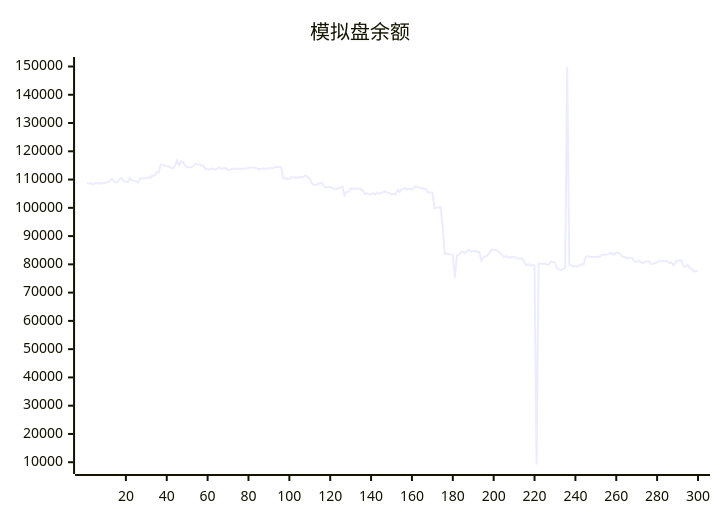
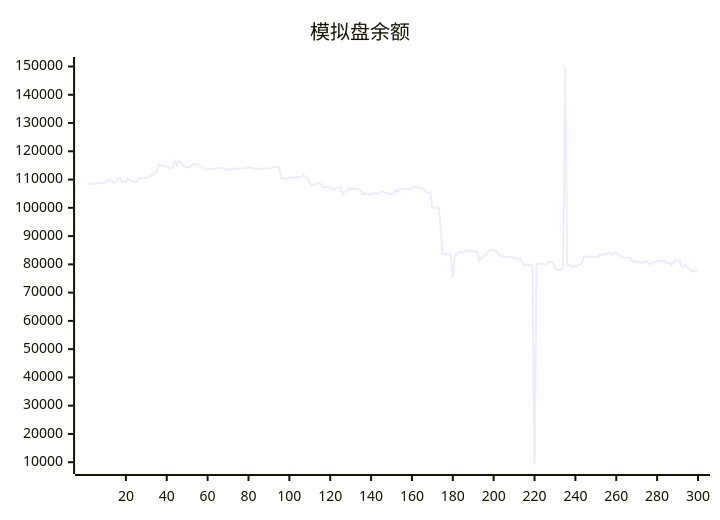
One commit to aahl/ai-trading changed the diagram in README.md. Above: the diagram before and after it, drawn with Mermaid. The commit also changed other lines of this file and 1 other file, not shown here.

````diff
--- a/README.md
+++ b/README.md
@@ -5,5 +5,5 @@
 ```mermaid
 xychart
     title "模拟盘余额"
-    line [108760,108648,108602,108262,108718,108752,108644,108644,108863,108823,109162,109419,110224,109539,108945,109172,110262,110546,109304,109343,109053,110606,109702,109584,109337,109071,110342,110342,110488,110488,110814,110531,111421,111421,112518,112522,115341,115266,114830,114584,114588,114231,113973,114726,116697,115160,116423,116083,114950,114365,114365,114388,114730,115582,115358,115358,115032,114686,113688,113688,113610,113930,113672,113585,114083,114074,113840,113996,114051,113208,113593,113701,113901,113794,113784,113810,113848,113927,113929,114064,114232,114293,114144,113960,113698,113853,113942,113812,113908,113877,114091,113998,114427,114422,114384,114384,110477,110576,110198,110198,110890,110712,110812,110569,110929,110847,110968,111478,110870,110433,108661,108116,108115,108485,108797,108877,107536,107134,107393,107393,107046,106565,106565,107081,107081,107478,104404,105715,105749,106866,106651,106889,106771,106816,106565,106141,104876,105103,104796,104734,105169,104690,105380,104941,105272,105709,105739,105374,105227,104691,104924,104762,106364,105628,106608,106748,106872,106485,106721,106468,107132,107620,107224,107080,107001,106717,106567,105431,105431,105440,99950,100017,100113,100337,93749,83795,83807,83567,83567,83342,75168,83222,83336,84448,84449,83896,84839,85065,84499,84757,84757,84364,84347,81254,82385,82835,83184,84099,85150,85150,85002,84751,84096,83356,82582,82983,82404,82572,82512,82688,82200,82047,81920,82125,80840,79688,80060,79552,79920,79470,9193,80236,80208,80170,80336,79894,80006,80954,80837,80712,78561,78139,78037,78293,78682,150000,79720,79720,79214,79372,79279,79591,80046,79993,82625,82950,82626,82571,82633,82670,82670,82681,83386,83378,83464,83579,83920,84037,83402,84160,84142,83652,82655,82655,82145,82315,82243,82163,80934,80770,81371,80742,80468,80989,80989,81067,80191,80155,80450,80737,81309,81309,81106,81119,81119,80471,80631,79624,80670,81448,81290,81429,79212,79222,79940,78643,78380,77432,77623,77504]
+    line [108648,108602,108262,108718,108752,108644,108644,108863,108823,109162,109419,110224,109539,108945,109172,110262,110546,109304,109343,109053,110606,109702,109584,109337,109071,110342,110342,110488,110488,110814,110531,111421,111421,112518,112522,115341,115266,114830,114584,114588,114231,113973,114726,116697,115160,116423,116083,114950,114365,114365,114388,114730,115582,115358,115358,115032,114686,113688,113688,113610,113930,113672,113585,114083,114074,113840,113996,114051,113208,113593,113701,113901,113794,113784,113810,113848,113927,113929,114064,114232,114293,114144,113960,113698,113853,113942,113812,113908,113877,114091,113998,114427,114422,114384,114384,110477,110576,110198,110198,110890,110712,110812,110569,110929,110847,110968,111478,110870,110433,108661,108116,108115,108485,108797,108877,107536,107134,107393,107393,107046,106565,106565,107081,107081,107478,104404,105715,105749,106866,106651,106889,106771,106816,106565,106141,104876,105103,104796,104734,105169,104690,105380,104941,105272,105709,105739,105374,105227,104691,104924,104762,106364,105628,106608,106748,106872,106485,106721,106468,107132,107620,107224,107080,107001,106717,106567,105431,105431,105440,99950,100017,100113,100337,93749,83795,83807,83567,83567,83342,75168,83222,83336,84448,84449,83896,84839,85065,84499,84757,84757,84364,84347,81254,82385,82835,83184,84099,85150,85150,85002,84751,84096,83356,82582,82983,82404,82572,82512,82688,82200,82047,81920,82125,80840,79688,80060,79552,79920,79470,9193,80236,80208,80170,80336,79894,80006,80954,80837,80712,78561,78139,78037,78293,78682,150000,79720,79720,79214,79372,79279,79591,80046,79993,82625,82950,82626,82571,82633,82670,82670,82681,83386,83378,83464,83579,83920,84037,83402,84160,84142,83652,82655,82655,82145,82315,82243,82163,80934,80770,81371,80742,80468,80989,80989,81067,80191,80155,80450,80737,81309,81309,81106,81119,81119,80471,80631,79624,80670,81448,81290,81429,79212,79222,79940,78643,78380,77432,77623,77504,78235]
 ```
````
